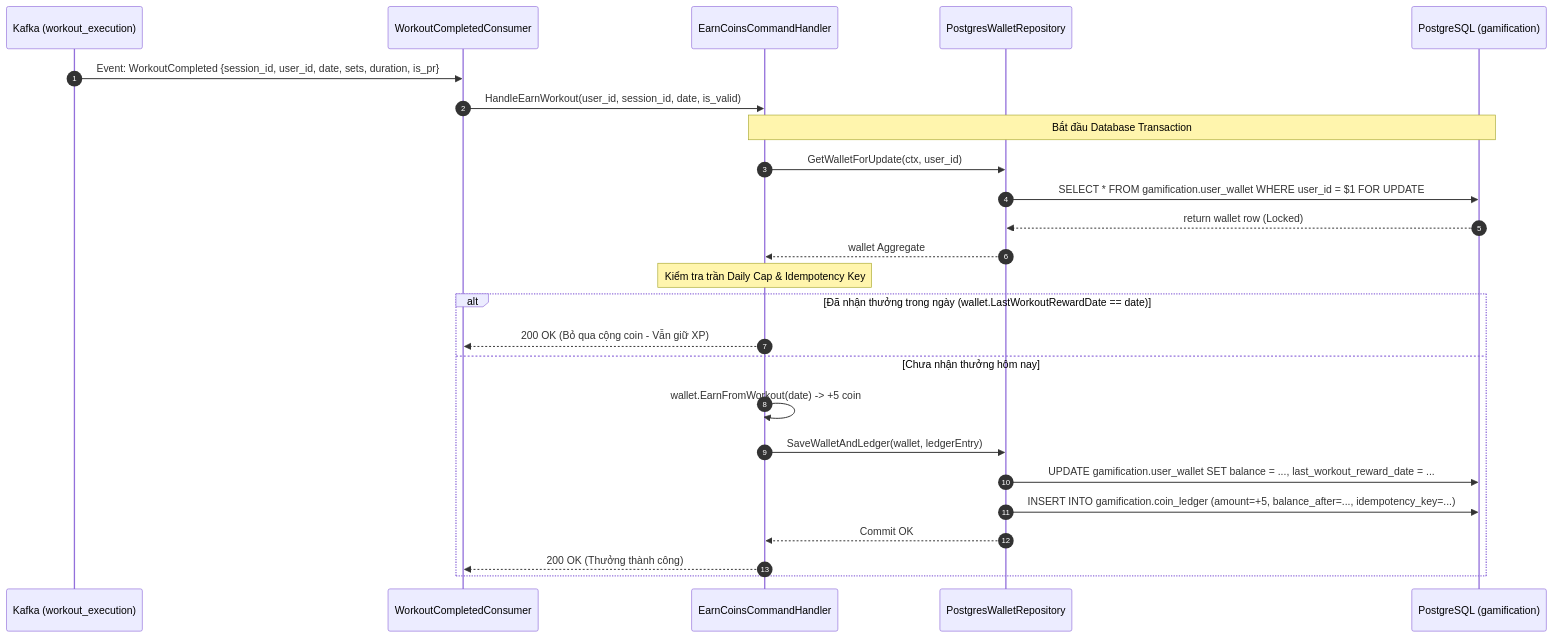
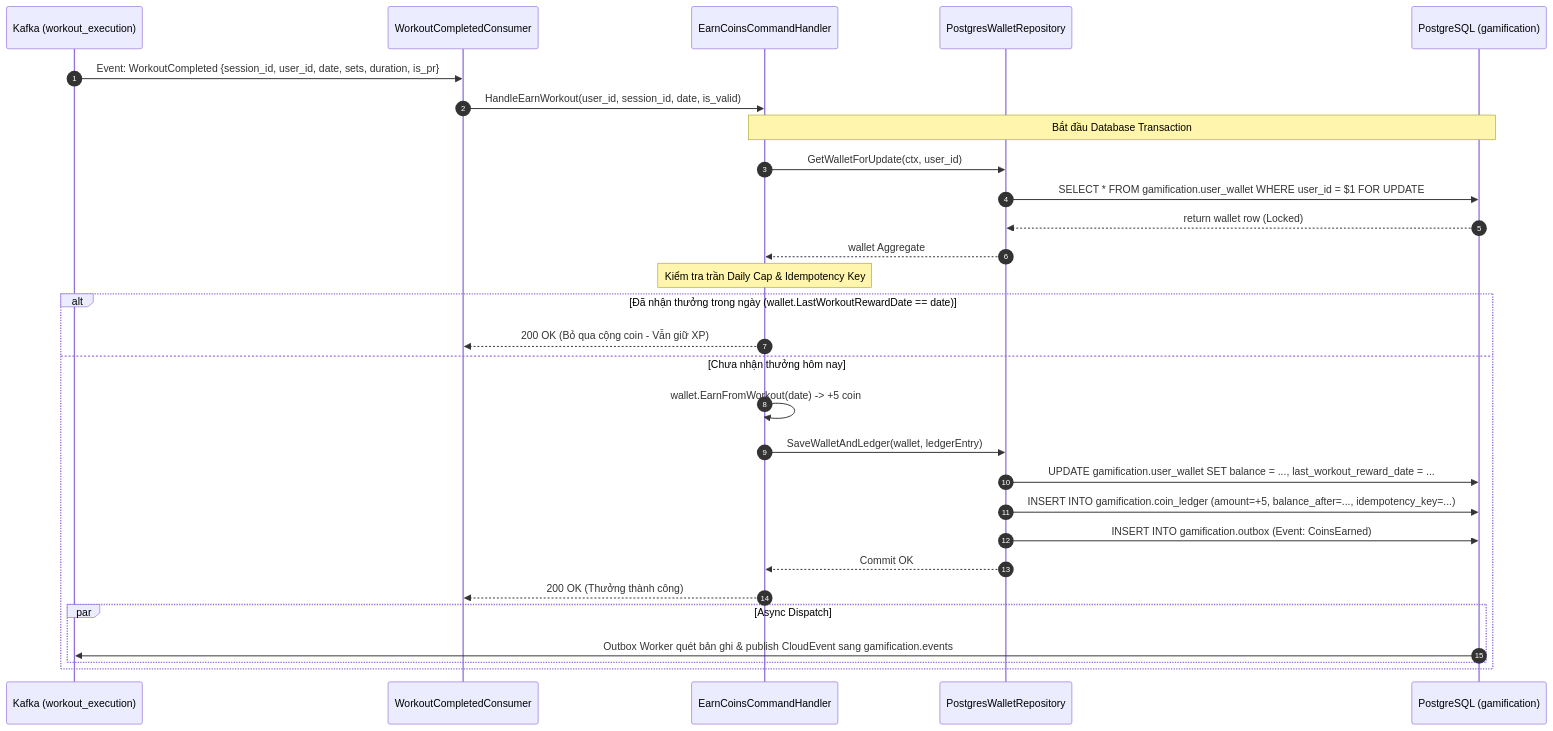
The third of 4 diagrams in internal/gamification/docs/features/fitcoins-and-ledger/02-design.md (viethung213/gym-companion), drawn with Mermaid before and after one commit. The commit also changed other lines of this file and 1 other file, not shown here.

Commit message:
docs(gamification): bổ sung luồng Transactional Outbox và CloudEvents cho FitCoins

````diff
--- a/internal/gamification/docs/features/fitcoins-and-ledger/02-design.md
+++ b/internal/gamification/docs/features/fitcoins-and-ledger/02-design.md
@@ -134,30 +143,34 @@
 ```mermaid
 sequenceDiagram
     autonumber
     participant Kafka as Kafka (workout_execution)
     participant Consumer as WorkoutCompletedConsumer
     participant Handler as EarnCoinsCommandHandler
     participant Repo as PostgresWalletRepository
     participant DB as PostgreSQL (gamification)
 
     Kafka->>Consumer: Event: WorkoutCompleted {session_id, user_id, date, sets, duration, is_pr}
     Consumer->>Handler: HandleEarnWorkout(user_id, session_id, date, is_valid)
 
     Note over Handler, DB: Bắt đầu Database Transaction
     Handler->>Repo: GetWalletForUpdate(ctx, user_id)
     Repo->>DB: SELECT * FROM gamification.user_wallet WHERE user_id = $1 FOR UPDATE
     DB-->>Repo: return wallet row (Locked)
     Repo-->>Handler: wallet Aggregate
 
     Note over Handler: Kiểm tra trần Daily Cap & Idempotency Key
     alt Đã nhận thưởng trong ngày (wallet.LastWorkoutRewardDate == date)
         Handler-->>Consumer: 200 OK (Bỏ qua cộng coin - Vẫn giữ XP)
     else Chưa nhận thưởng hôm nay
         Handler->>Handler: wallet.EarnFromWorkout(date) -> +5 coin
         Handler->>Repo: SaveWalletAndLedger(wallet, ledgerEntry)
         Repo->>DB: UPDATE gamification.user_wallet SET balance = ..., last_workout_reward_date = ...
         Repo->>DB: INSERT INTO gamification.coin_ledger (amount=+5, balance_after=..., idempotency_key=...)
+        Repo->>DB: INSERT INTO gamification.outbox (Event: CoinsEarned)
         Repo-->>Handler: Commit OK
         Handler-->>Consumer: 200 OK (Thưởng thành công)
+        par Async Dispatch
+            DB->>Kafka: Outbox Worker quét bản ghi & publish CloudEvent sang gamification.events
+        end
     end
 ```
````
